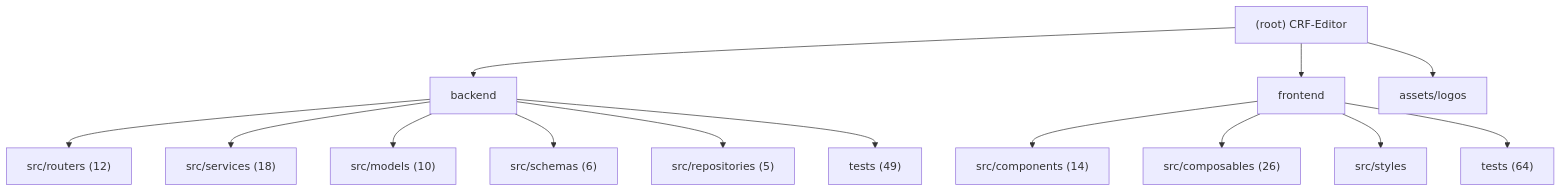
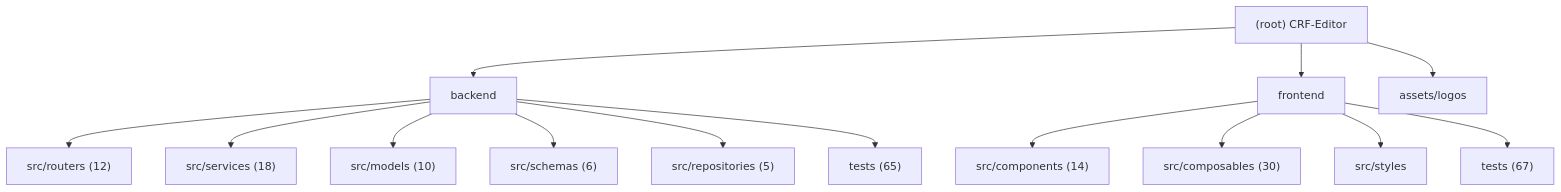
One commit to decade6666/CRF-Editor changed the diagram in .claude/CLAUDE.md. Above: the diagram before and after it, drawn with Mermaid. The commit also changed other lines of this file and 21 other files, not shown here.

````diff
--- a/.claude/CLAUDE.md
+++ b/.claude/CLAUDE.md
@@ -15,19 +15,19 @@
 ```mermaid
 graph TD
     A["(root) CRF-Editor"] --> B["backend"];
     B --> B1["src/routers (12)"];
     B --> B2["src/services (18)"];
     B --> B3["src/models (10)"];
     B --> B4["src/schemas (6)"];
     B --> B5["src/repositories (5)"];
-    B --> B6["tests (49)"];
+    B --> B6["tests (65)"];
     A --> C["frontend"];
     C --> C1["src/components (14)"];
-    C --> C2["src/composables (26)"];
+    C --> C2["src/composables (30)"];
     C --> C3["src/styles"];
-    C --> C4["tests (64)"];
+    C --> C4["tests (67)"];
     A --> D["assets/logos"];
 
     click B "./backend/.claude/CLAUDE.md" "View backend module docs"
     click C "./frontend/.claude/CLAUDE.md" "View frontend module docs"
 ```
````
